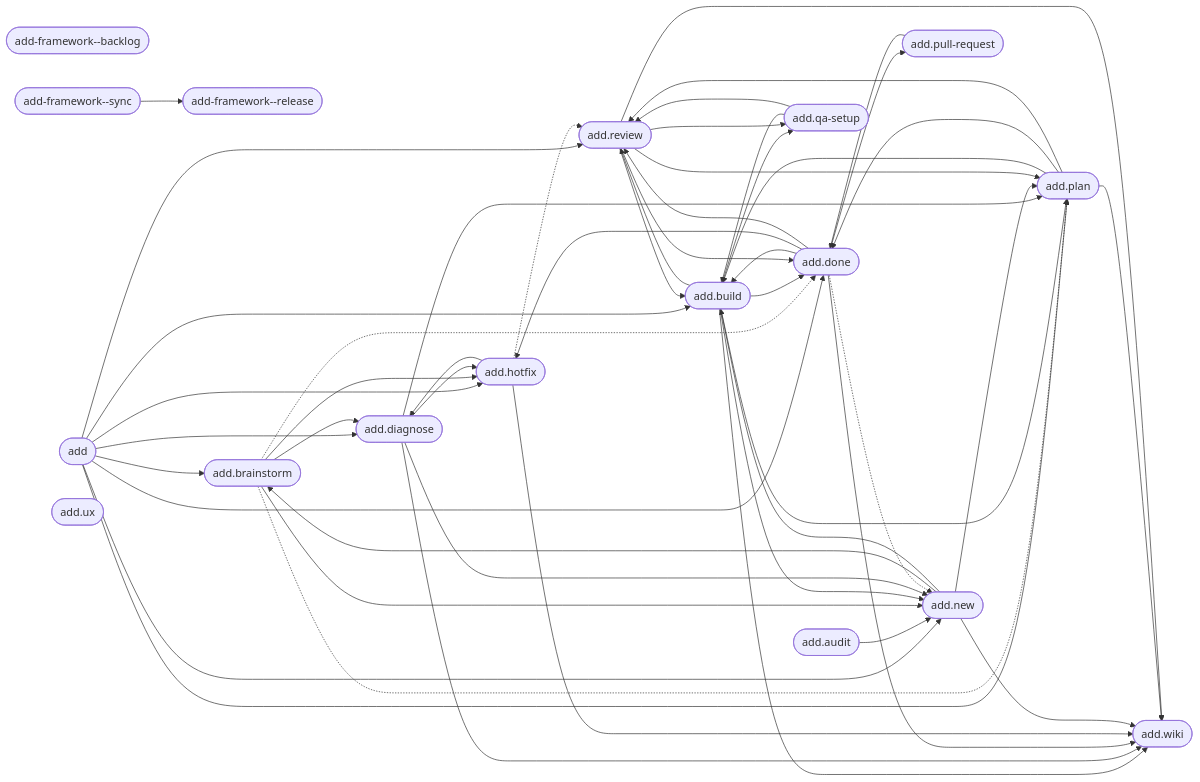
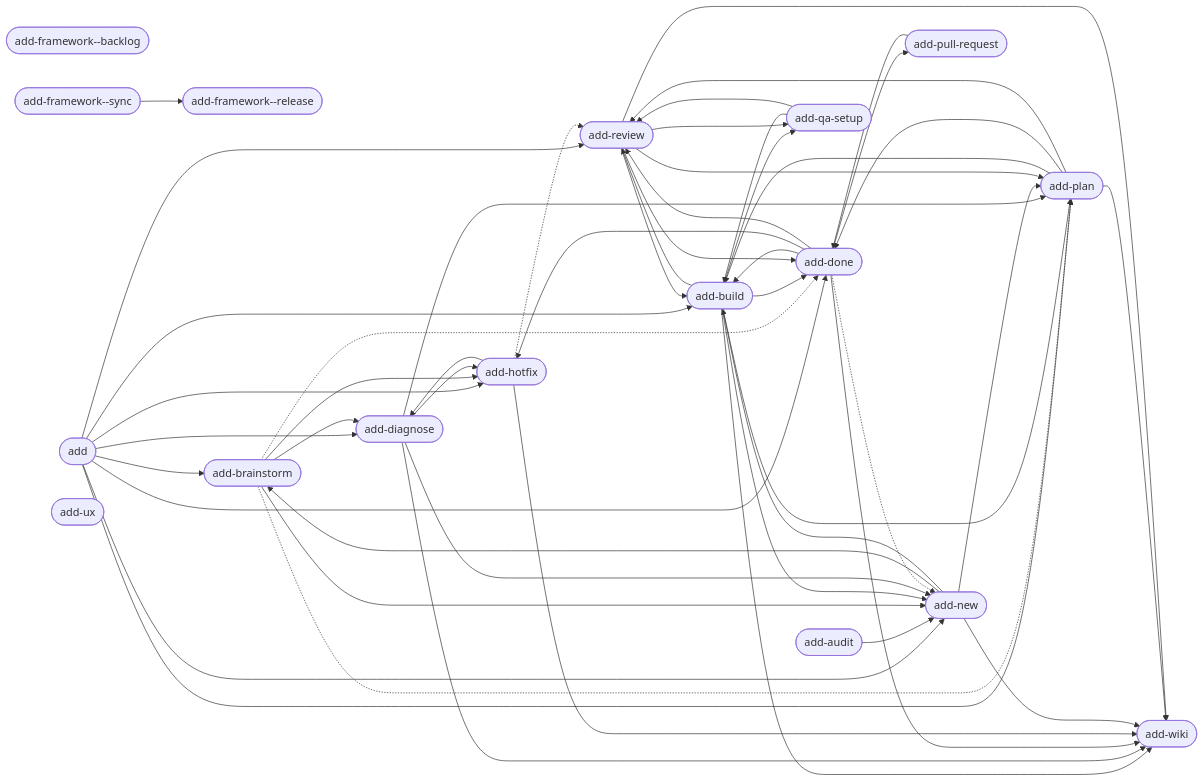
Before and after one commit to brabos-ai/code-addiction: the diagram in web/public/artefact-graph.mmd, drawn with Mermaid. The commit also changed 381 other files, not shown here.

```diff
--- a/web/public/artefact-graph.mmd
+++ b/web/public/artefact-graph.mmd
@@ -1,68 +1,68 @@
 flowchart LR
     n_internal_command_add_framework__backlog(["add-framework--backlog"])
     n_internal_command_add_framework__release(["add-framework--release"])
     n_internal_command_add_framework__sync(["add-framework--sync"])
     n_product_command_add(["add"])
-    n_product_command_add_audit(["add.audit"])
-    n_product_command_add_brainstorm(["add.brainstorm"])
-    n_product_command_add_build(["add.build"])
-    n_product_command_add_diagnose(["add.diagnose"])
-    n_product_command_add_done(["add.done"])
-    n_product_command_add_hotfix(["add.hotfix"])
-    n_product_command_add_new(["add.new"])
-    n_product_command_add_plan(["add.plan"])
-    n_product_command_add_pull_request(["add.pull-request"])
-    n_product_command_add_qa_setup(["add.qa-setup"])
-    n_product_command_add_review(["add.review"])
-    n_product_command_add_ux(["add.ux"])
-    n_product_command_add_wiki(["add.wiki"])
+    n_product_command_add_audit(["add-audit"])
+    n_product_command_add_brainstorm(["add-brainstorm"])
+    n_product_command_add_build(["add-build"])
+    n_product_command_add_diagnose(["add-diagnose"])
+    n_product_command_add_done(["add-done"])
+    n_product_command_add_hotfix(["add-hotfix"])
+    n_product_command_add_new(["add-new"])
+    n_product_command_add_plan(["add-plan"])
+    n_product_command_add_pull_request(["add-pull-request"])
+    n_product_command_add_qa_setup(["add-qa-setup"])
+    n_product_command_add_review(["add-review"])
+    n_product_command_add_ux(["add-ux"])
+    n_product_command_add_wiki(["add-wiki"])
     n_internal_command_add_framework__sync --> n_internal_command_add_framework__release
     n_product_command_add --> n_product_command_add_brainstorm
     n_product_command_add --> n_product_command_add_build
     n_product_command_add --> n_product_command_add_diagnose
     n_product_command_add --> n_product_command_add_done
     n_product_command_add --> n_product_command_add_hotfix
     n_product_command_add --> n_product_command_add_new
     n_product_command_add --> n_product_command_add_plan
     n_product_command_add --> n_product_command_add_review
     n_product_command_add_audit --> n_product_command_add_new
     n_product_command_add_brainstorm --> n_product_command_add_diagnose
     n_product_command_add_brainstorm --> n_product_command_add_hotfix
     n_product_command_add_brainstorm --> n_product_command_add_new
     n_product_command_add_brainstorm -.-> n_product_command_add_done
     n_product_command_add_brainstorm -.-> n_product_command_add_plan
     n_product_command_add_build --> n_product_command_add_done
     n_product_command_add_build --> n_product_command_add_new
     n_product_command_add_build --> n_product_command_add_plan
     n_product_command_add_build --> n_product_command_add_qa_setup
     n_product_command_add_build --> n_product_command_add_review
     n_product_command_add_build --> n_product_command_add_wiki
     n_product_command_add_diagnose --> n_product_command_add_hotfix
     n_product_command_add_diagnose --> n_product_command_add_new
     n_product_command_add_diagnose --> n_product_command_add_plan
     n_product_command_add_diagnose --> n_product_command_add_wiki
     n_product_command_add_done --> n_product_command_add_build
     n_product_command_add_done --> n_product_command_add_hotfix
     n_product_command_add_done --> n_product_command_add_pull_request
     n_product_command_add_done --> n_product_command_add_review
     n_product_command_add_done --> n_product_command_add_wiki
     n_product_command_add_done -.-> n_product_command_add_new
     n_product_command_add_hotfix --> n_product_command_add_diagnose
     n_product_command_add_hotfix --> n_product_command_add_wiki
     n_product_command_add_hotfix -.-> n_product_command_add_review
     n_product_command_add_new --> n_product_command_add_brainstorm
     n_product_command_add_new --> n_product_command_add_build
     n_product_command_add_new --> n_product_command_add_plan
     n_product_command_add_new --> n_product_command_add_wiki
     n_product_command_add_plan --> n_product_command_add_build
     n_product_command_add_plan --> n_product_command_add_done
     n_product_command_add_plan --> n_product_command_add_review
     n_product_command_add_plan --> n_product_command_add_wiki
     n_product_command_add_pull_request --> n_product_command_add_done
     n_product_command_add_qa_setup --> n_product_command_add_build
     n_product_command_add_qa_setup --> n_product_command_add_review
     n_product_command_add_review --> n_product_command_add_build
     n_product_command_add_review --> n_product_command_add_done
     n_product_command_add_review --> n_product_command_add_plan
     n_product_command_add_review --> n_product_command_add_qa_setup
     n_product_command_add_review --> n_product_command_add_wiki
```
